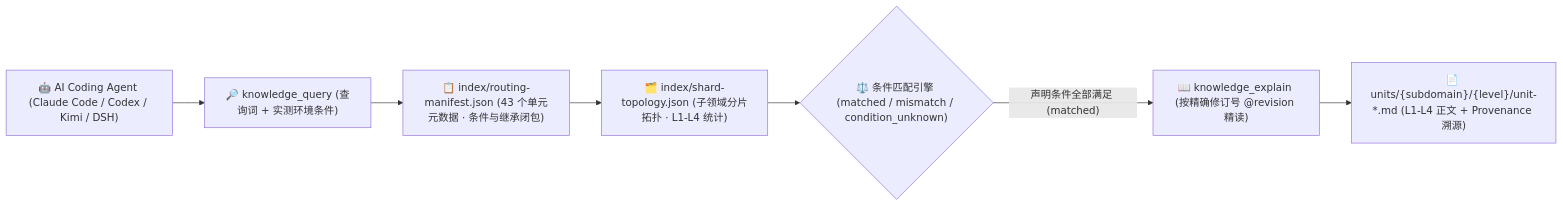
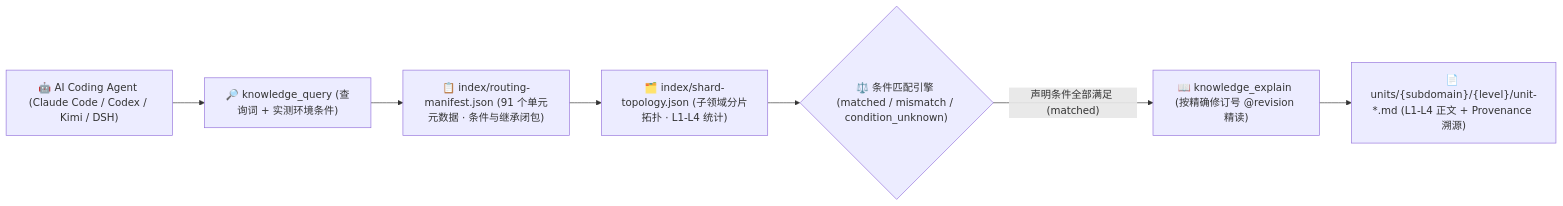
One commit to mindie-agent/knowledge-vllm-ascend changed the diagram in README.md. Above: the diagram before and after it, drawn with Mermaid. The commit also changed other lines of this file and 2353 other files, not shown here.

````diff
--- a/README.md
+++ b/README.md
@@ -100,13 +100,13 @@
 ```mermaid
 flowchart LR
   Agent["🤖 AI Coding Agent (Claude Code / Codex / Kimi / DSH)"]
   Query["🔎 knowledge_query (查询词 + 实测环境条件)"]
-  Manifest["📋 index/routing-manifest.json (43 个单元元数据 · 条件与继承闭包)"]
+  Manifest["📋 index/routing-manifest.json (91 个单元元数据 · 条件与继承闭包)"]
   Topology["🗂️ index/shard-topology.json (子领域分片拓扑 · L1-L4 统计)"]
   Match{"⚖️ 条件匹配引擎 (matched / mismatch / condition_unknown)"}
   Explain["📖 knowledge_explain (按精确修订号 @revision 精读)"]
   Units["📄 units/{subdomain}/{level}/unit-*.md (L1-L4 正文 + Provenance 溯源)"]
 
   Agent --> Query --> Manifest --> Topology --> Match
   Match -- "声明条件全部满足 (matched)" --> Explain --> Units
 ```
````
